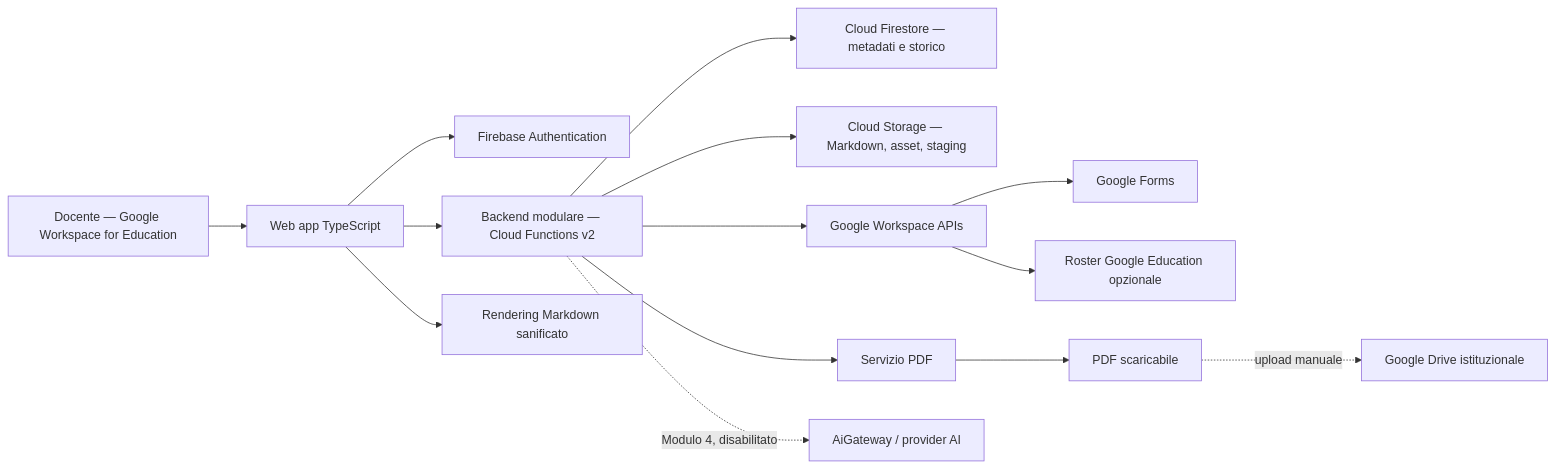
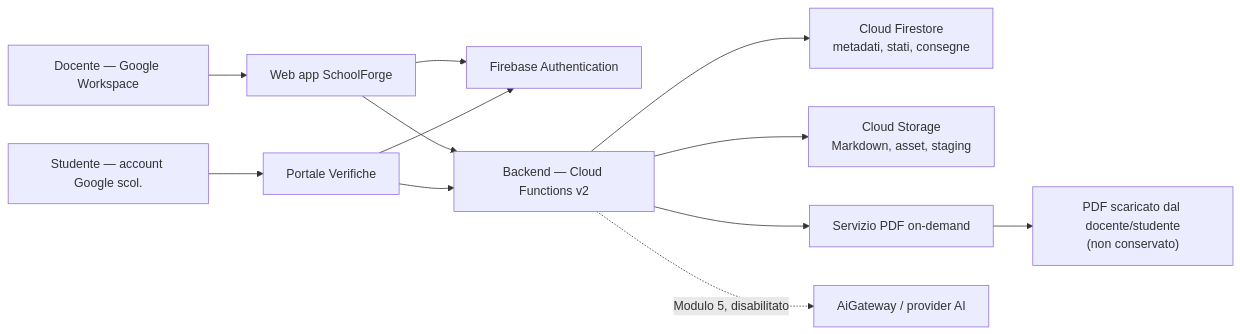
Before and after one commit to EnricoPaparo/SchoolForge: the first of 3 diagrams in documentazione/architettura.md, drawn with Mermaid. The commit also changed other lines of this file and 4 other files, not shown here.

First line of the commit message:
docs: redesign architetturale completo v2.0 — Firebase-only, Portale Verifiche, email bruciata

````diff
--- a/documentazione/architettura.md
+++ b/documentazione/architettura.md
@@ -88,18 +95,19 @@
 ```mermaid
 flowchart LR
-    T["Docente — Google Workspace for Education"] --> W["Web app TypeScript"]
+    D["Docente — Google Workspace"] --> W["Web app SchoolForge"]
+    S["Studente — account Google scol."] --> P["Portale Verifiche"]
+
     W --> A["Firebase Authentication"]
-    W --> B["Backend modulare — Cloud Functions v2"]
+    W --> B["Backend — Cloud Functions v2"]
 
-    B --> F["Cloud Firestore — metadati e storico"]
-    B --> S["Cloud Storage — Markdown, asset, staging"]
-    B --> M["Servizio PDF"]
-    B --> G["Google Workspace APIs"]
-    G --> GF["Google Forms"]
-    G --> GR["Roster Google Education opzionale"]
-    B -. "Modulo 4, disabilitato" .-> AI["AiGateway / provider AI"]
+    P --> A
+    P --> B
 
-    W --> R["Rendering Markdown sanificato"]
-    M --> D["PDF scaricabile"]
-    D -. "upload manuale" .-> GD["Google Drive istituzionale"]
+    B --> F["Cloud Firestore\nmetadati, stati, consegne"]
+    B --> CS["Cloud Storage\nMarkdown, asset, staging"]
+    B --> PDF["Servizio PDF on-demand"]
+
+    B -. "Modulo 5, disabilitato" .-> AI["AiGateway / provider AI"]
+
+    PDF --> DL["PDF scaricato dal docente/studente\n(non conservato)"]
 ```
````
